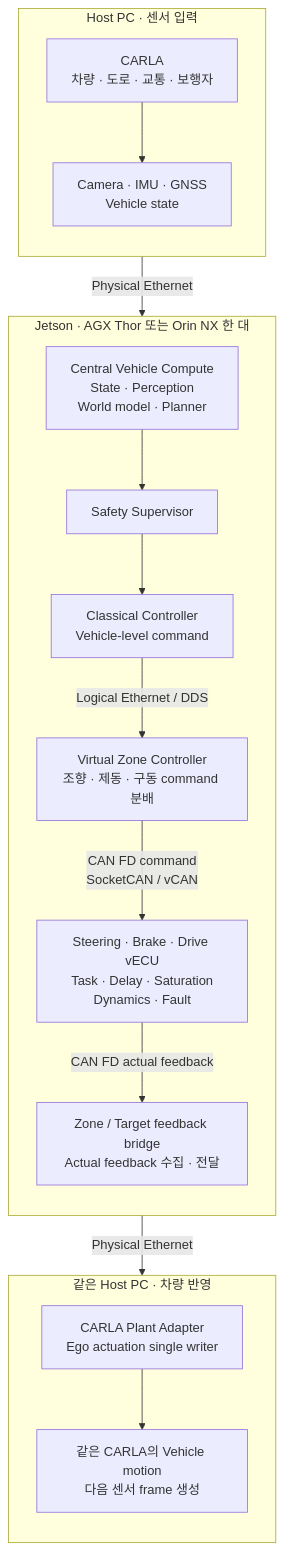
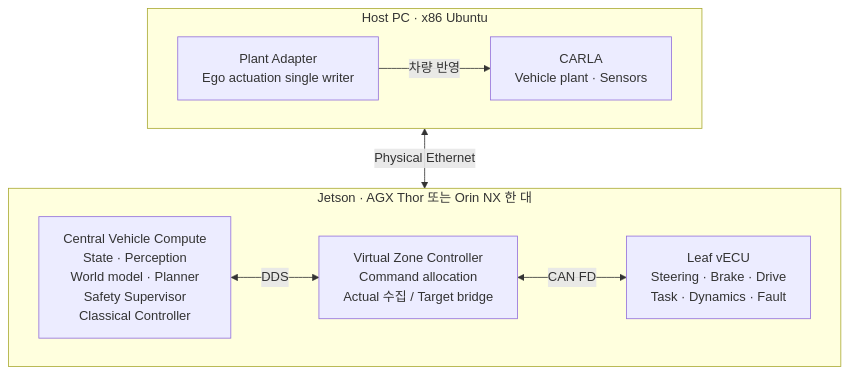
One commit to shinjuyeop/StrataDrive changed the diagram in README.md. Above: the diagram before and after it, drawn with Mermaid. The commit also changed other lines of this file and 19 other files, not shown here.

````diff
--- a/README.md
+++ b/README.md
@@ -63,30 +65,18 @@
 ```mermaid
 flowchart TB
-  subgraph HOST_INPUT["Host PC · 센서 입력"]
-    direction TB
-    CARLA["CARLA<br/>차량 · 도로 · 교통 · 보행자"]
-    SENS["Camera · IMU · GNSS<br/>Vehicle state"]
-    CARLA --> SENS
+  subgraph HOST["Host PC · x86 Ubuntu"]
+    direction LR
+    ADAPTER["Plant Adapter<br/>Ego actuation single writer"]
+    CARLA["CARLA<br/>Vehicle plant · Sensors"]
+    ADAPTER -->|차량 반영| CARLA
   end
   subgraph TARGET["Jetson · AGX Thor 또는 Orin NX 한 대"]
-    direction TB
-    CENTRAL["Central Vehicle Compute<br/>State · Perception<br/>World model · Planner"]
-    SAFETY["Safety Supervisor"]
-    CONTROL["Classical Controller<br/>Vehicle-level command"]
-    ZONE["Virtual Zone Controller<br/>조향 · 제동 · 구동 command 분배"]
-    ECU["Steering · Brake · Drive vECU<br/>Task · Delay · Saturation<br/>Dynamics · Fault"]
-    BRIDGE["Zone / Target feedback bridge<br/>Actual feedback 수집 · 전달"]
-    CENTRAL --> SAFETY --> CONTROL
-    CONTROL -->|Logical Ethernet / DDS| ZONE
-    ZONE -->|"CAN FD command<br/>SocketCAN / vCAN"| ECU
-    ECU -->|CAN FD actual feedback| BRIDGE
+    direction LR
+    CENTRAL["Central Vehicle Compute<br/>State · Perception<br/>World model · Planner<br/>Safety Supervisor<br/>Classical Controller"]
+    ZONE["Virtual Zone Controller<br/>Command allocation<br/>Actual 수집 / Target bridge"]
+    ECU["Leaf vECU<br/>Steering · Brake · Drive<br/>Task · Dynamics · Fault"]
+    CENTRAL <-->|DDS| ZONE
+    ZONE <-->|CAN FD| ECU
   end
-  subgraph HOST_OUTPUT["같은 Host PC · 차량 반영"]
-    direction TB
-    ADAPTER["CARLA Plant Adapter<br/>Ego actuation single writer"]
-    MOTION["같은 CARLA의 Vehicle motion<br/>다음 센서 frame 생성"]
-    ADAPTER --> MOTION
-  end
-  HOST_INPUT -->|Physical Ethernet| TARGET
-  TARGET -->|Physical Ethernet| HOST_OUTPUT
+  HOST <-->|Physical Ethernet| TARGET
 ```
````
